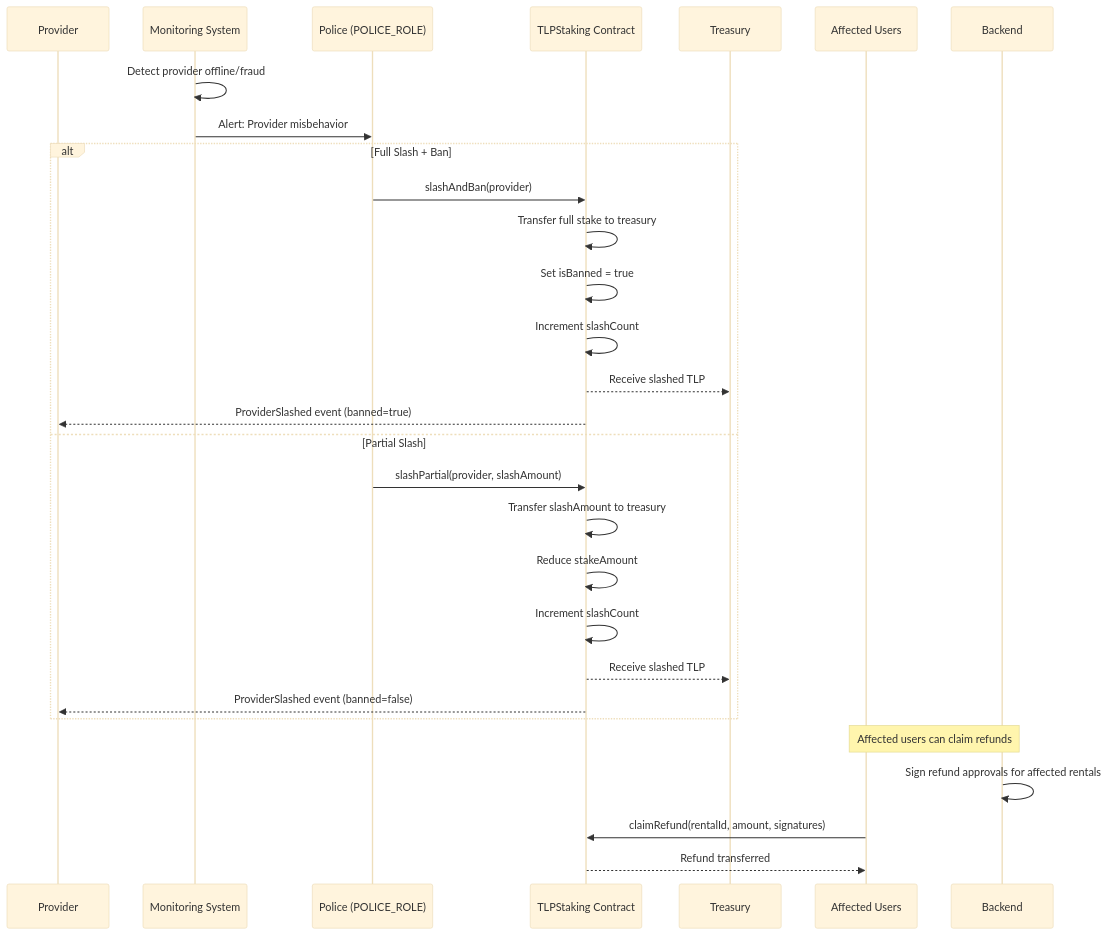
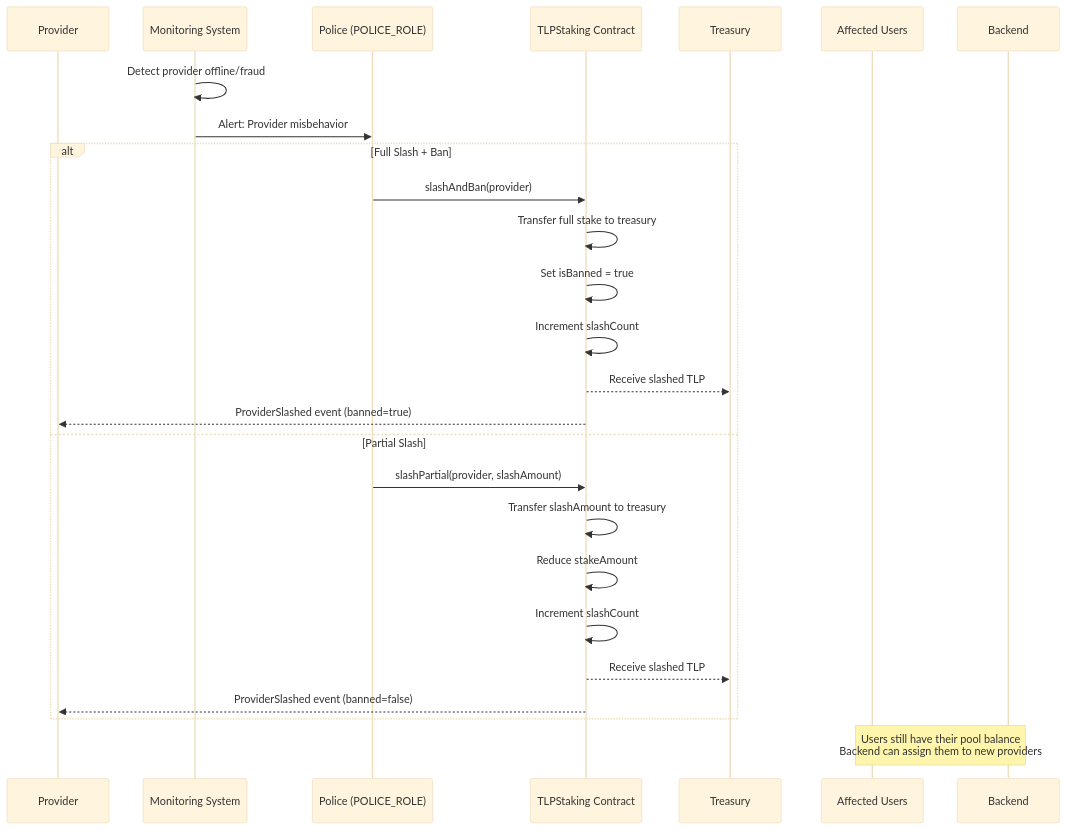
Before and after one commit to TimeleapLabs/tlp-contracts: the sixth of 10 diagrams in docs/flowcharts.md, drawn with Mermaid (base theme). The commit also changed other lines of this file and 10 other files, not shown here.

First line of the commit message:
Simplify TLPStaking to pool-based escrow architecture

````diff
--- a/docs/flowcharts.md
+++ b/docs/flowcharts.md
@@ -150,34 +171,31 @@
 ```mermaid
 sequenceDiagram
     participant Provider
     participant Monitor as Monitoring System
     participant Police as Police (POLICE_ROLE)
     participant Contract as TLPStaking Contract
     participant Treasury
     participant Users as Affected Users
     participant Backend
 
     Monitor->>Monitor: Detect provider offline/fraud
     Monitor->>Police: Alert: Provider misbehavior
 
     alt Full Slash + Ban
         Police->>Contract: slashAndBan(provider)
         Contract->>Contract: Transfer full stake to treasury
         Contract->>Contract: Set isBanned = true
         Contract->>Contract: Increment slashCount
         Contract-->>Treasury: Receive slashed TLP
         Contract-->>Provider: ProviderSlashed event (banned=true)
     else Partial Slash
         Police->>Contract: slashPartial(provider, slashAmount)
         Contract->>Contract: Transfer slashAmount to treasury
         Contract->>Contract: Reduce stakeAmount
         Contract->>Contract: Increment slashCount
         Contract-->>Treasury: Receive slashed TLP
         Contract-->>Provider: ProviderSlashed event (banned=false)
     end
 
-    Note over Backend,Users: Affected users can claim refunds
-    Backend->>Backend: Sign refund approvals for affected rentals
-    Users->>Contract: claimRefund(rentalId, amount, signatures)
-    Contract-->>Users: Refund transferred
+    Note over Backend,Users: Users still have their pool balance<br/>Backend can assign them to new providers
 ```
````
